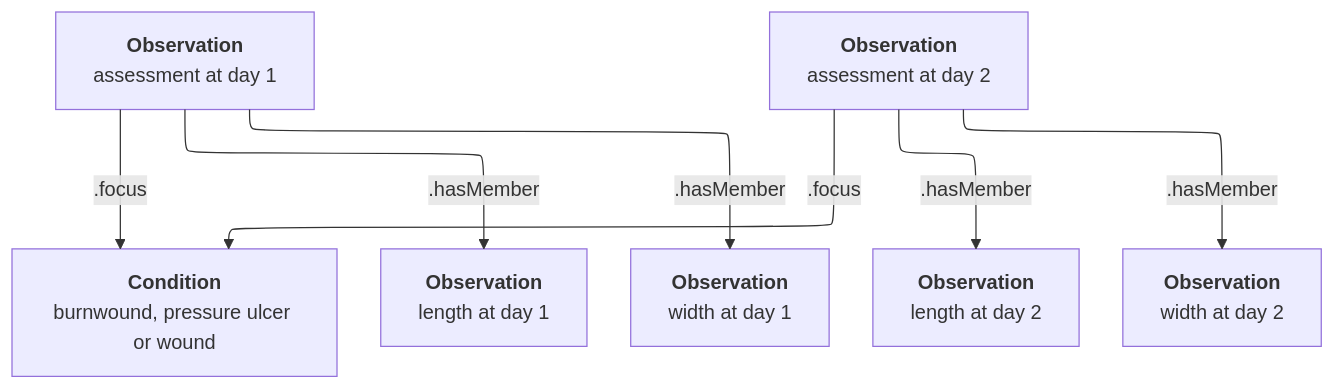
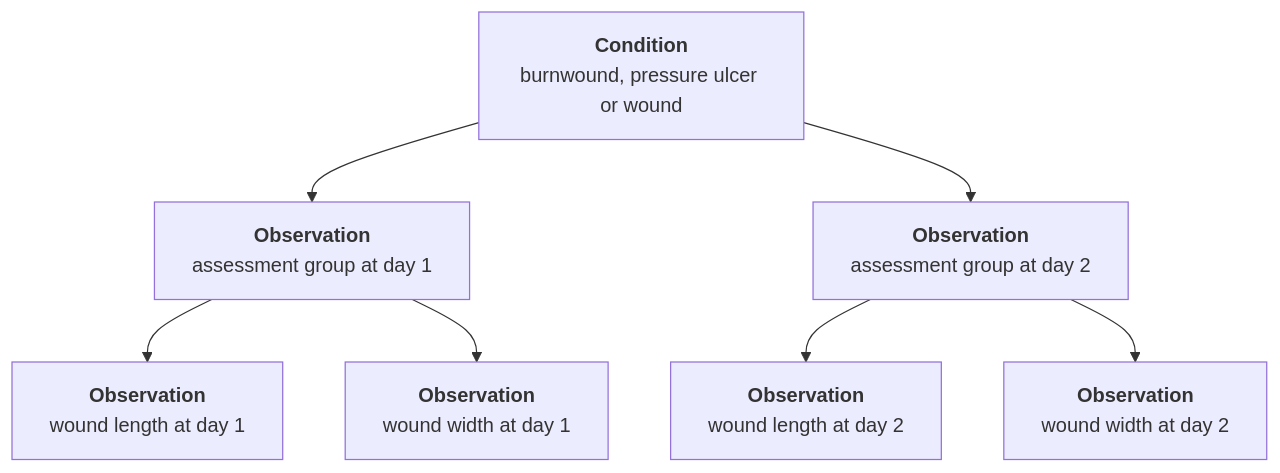
The diagram in documentation/Wound zibs.md (Nictiz/Nictiz-R4-zib2020), drawn with Mermaid before and after one commit. The commit also changed other lines of this file, not shown here.

Commit message:
Improve documentation

````diff
--- a/documentation/Wound zibs.md
+++ b/documentation/Wound zibs.md
@@ -12,27 +12,26 @@
 ```mermaid
-%%{init: {"flowchart": {"defaultRenderer": "elk"}} }%%
 graph TD
     Condition["`**Condition**
     burnwound, pressure ulcer or wound`"]
     
+    Condition --> woundCharacteristics1
+    Condition --> woundCharacteristics2
     woundCharacteristics1["`**Observation**
-    assessment at day 1`"]
-    woundCharacteristics1 --.focus--> Condition
+    assessment group at day 1`"]
     length1["`**Observation**
-    length at day 1`"]
+    wound length at day 1`"]
     width1["`**Observation**
-    width at day 1`"]
-    woundCharacteristics1 --.hasMember-->length1
-    woundCharacteristics1 --.hasMember-->width1
+    wound width at day 1`"]
+    woundCharacteristics1 -->length1
+    woundCharacteristics1 -->width1
 
     woundCharacteristics2["`**Observation**
-    assessment at day 2`"]
-    woundCharacteristics2 --.focus--> Condition
+    assessment group at day 2`"]
     length2["`**Observation**
-    length at day 2`"]
+    wound length at day 2`"]
     width2["`**Observation**
-    width at day 2`"]
-    woundCharacteristics2 --.hasMember-->length2
-    woundCharacteristics2 --.hasMember-->width2
+    wound width at day 2`"]
+    woundCharacteristics2 -->length2
+    woundCharacteristics2 -->width2
 
 ```
````
